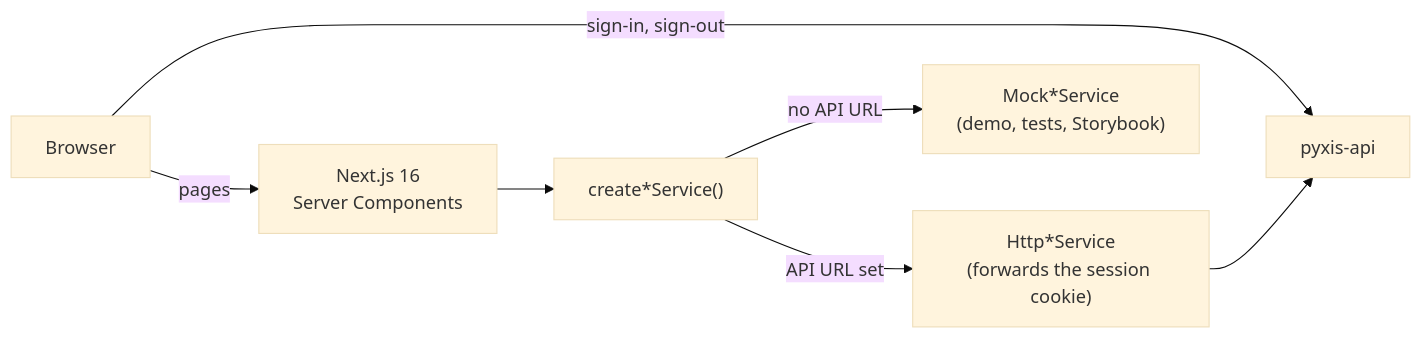
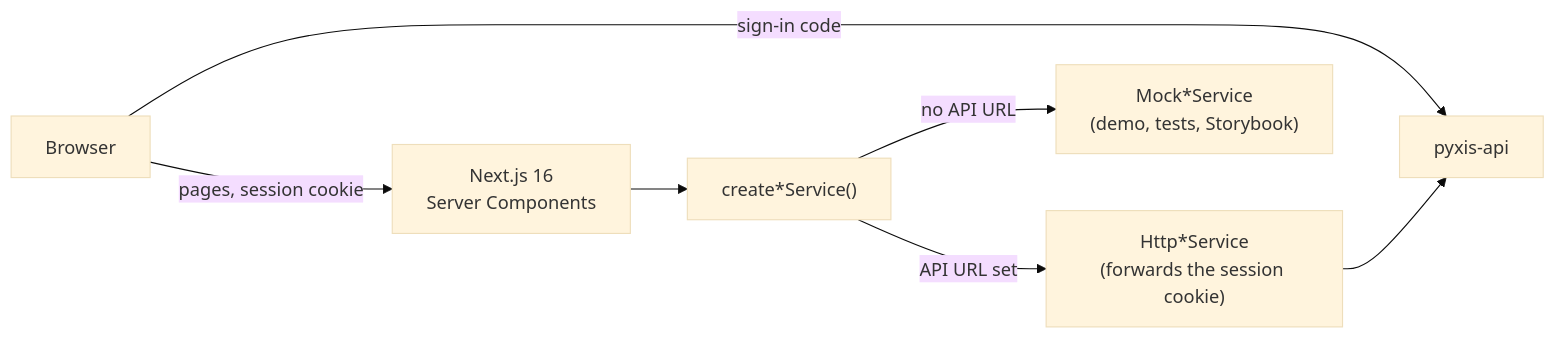
Before and after one commit to samuelcsantana/pyxis-web: the diagram in README.md, drawn with Mermaid (base theme). The commit also changed other lines of this file and 1 other file, not shown here.

First line of the commit message:
docs(adr): record the host-only session cookie

````diff
--- a/README.md
+++ b/README.md
@@ -266,8 +266,8 @@
 ```mermaid
 flowchart LR
-  Browser["Browser"] -- "sign-in, sign-out" --> API["pyxis-api"]
-  Browser -- "pages" --> Next["Next.js 16<br>Server Components"]
+  Browser["Browser"] -- "sign-in code" --> API["pyxis-api"]
+  Browser -- "pages, session cookie" --> Next["Next.js 16<br>Server Components"]
   Next --> Factory["create*Service()"]
   Factory -- "API URL set" --> Http["Http*Service<br>(forwards the session cookie)"] --> API
   Factory -- "no API URL" --> Mock["Mock*Service<br>(demo, tests, Storybook)"]
 ```
````
